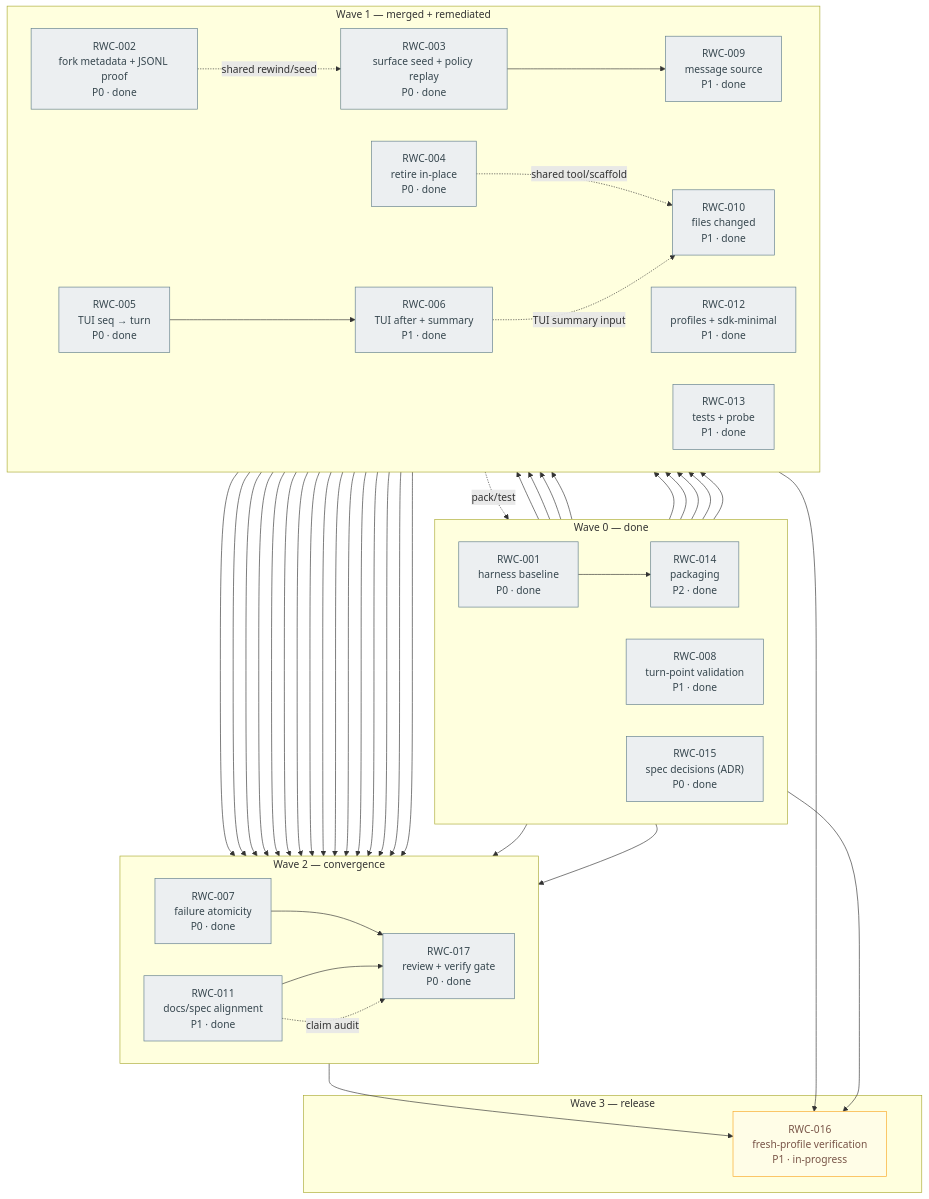
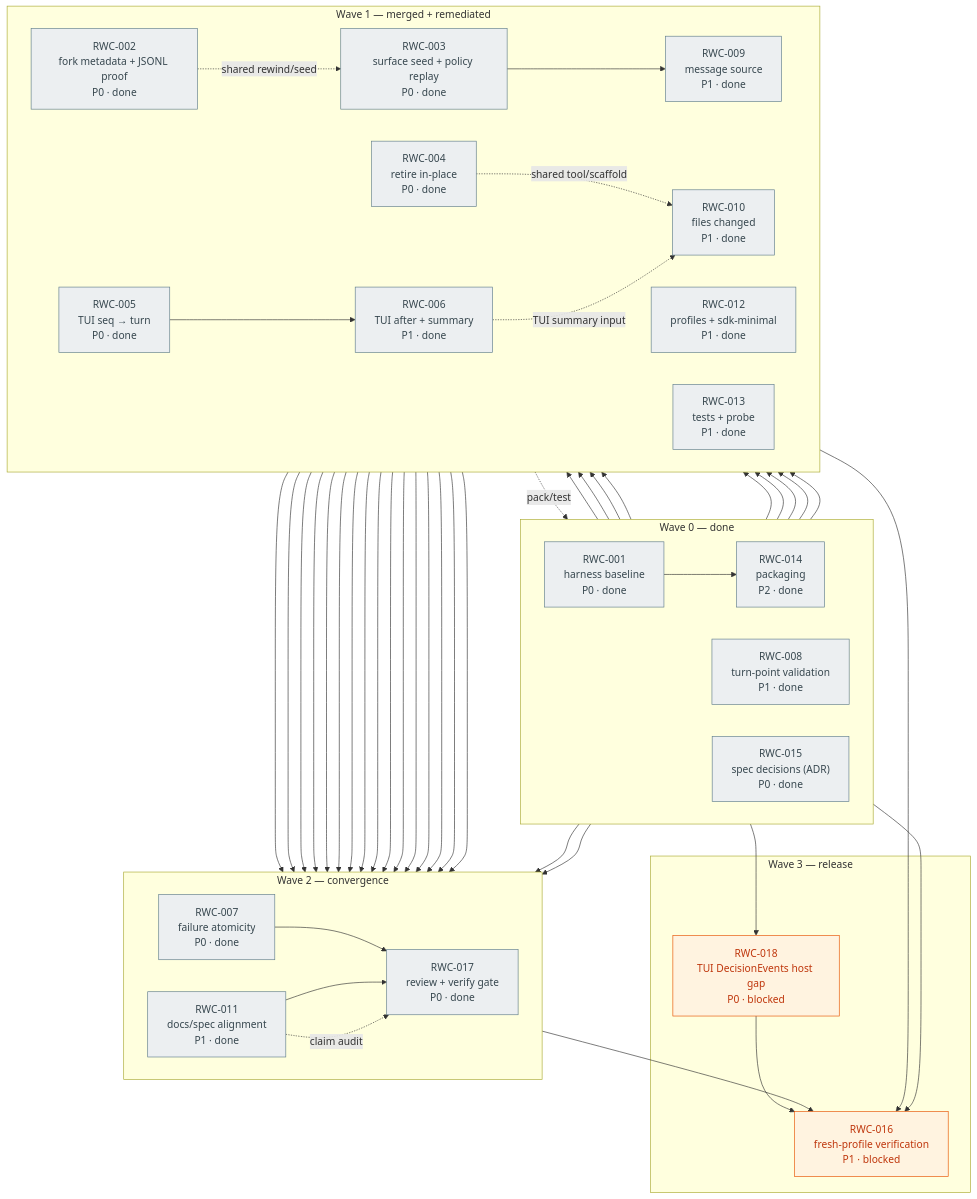
The diagram in docs/tickets/dependencies.mmd (shayanrc/dsh-rewind-compact), drawn with Mermaid before and after one commit. The commit also changed 8 other files, not shown here.

Commit message:
Record release evidence; block RWC-016 on the TUI DecisionEvents host gap

```diff
--- a/docs/tickets/dependencies.mmd
+++ b/docs/tickets/dependencies.mmd
@@ -1,93 +1,96 @@
 %% rewind-compact ticket dependency graph (2026-10-27, post-review)
 %% Solid arrow = hard prerequisite. Dotted arrow = coordination / shared files.
 %% Green = open/in-progress, orange = blocked, blue = decision, grey = done.
 %% RWC-017 is green: every changed ticket passed independent review + verify.
 %% RWC-016 is the remaining release gate.
 flowchart TB
   classDef open fill:#E8F5E9,stroke:#2E7D32,color:#1B5E20
   classDef progress fill:#FFFDE7,stroke:#F9A825,color:#795548
   classDef blocked fill:#FFF3E0,stroke:#E65100,color:#BF360C
   classDef decision fill:#E3F2FD,stroke:#1565C0,color:#0D47A1
   classDef continuous fill:#F3E5F5,stroke:#6A1B9A,color:#4A148C,stroke-dasharray: 4 2
   classDef done fill:#ECEFF1,stroke:#607D8B,color:#37474F
 
   subgraph w0["Wave 0 — done"]
     direction LR
     t001["RWC-001<br/>harness baseline<br/>P0 · done"]:::done
     t008["RWC-008<br/>turn-point validation<br/>P1 · done"]:::done
     t015["RWC-015<br/>spec decisions (ADR)<br/>P0 · done"]:::done
     t014["RWC-014<br/>packaging<br/>P2 · done"]:::done
   end
 
   subgraph w1["Wave 1 — merged + remediated"]
     direction LR
     t002["RWC-002<br/>fork metadata + JSONL proof<br/>P0 · done"]:::done
     t003["RWC-003<br/>surface seed + policy replay<br/>P0 · done"]:::done
     t004["RWC-004<br/>retire in-place<br/>P0 · done"]:::done
     t005["RWC-005<br/>TUI seq → turn<br/>P0 · done"]:::done
     t006["RWC-006<br/>TUI after + summary<br/>P1 · done"]:::done
     t009["RWC-009<br/>message source<br/>P1 · done"]:::done
     t010["RWC-010<br/>files changed<br/>P1 · done"]:::done
     t012["RWC-012<br/>profiles + sdk-minimal<br/>P1 · done"]:::done
     t013["RWC-013<br/>tests + probe<br/>P1 · done"]:::done
   end
 
   subgraph w2["Wave 2 — convergence"]
     direction LR
     t007["RWC-007<br/>failure atomicity<br/>P0 · done"]:::done
     t011["RWC-011<br/>docs/spec alignment<br/>P1 · done"]:::done
     t017["RWC-017<br/>review + verify gate<br/>P0 · done"]:::done
   end
 
   subgraph w3["Wave 3 — release"]
-    t016["RWC-016<br/>fresh-profile verification<br/>P1 · in-progress"]:::progress
+    t018["RWC-018<br/>TUI DecisionEvents host gap<br/>P0 · blocked"]:::blocked
+    t016["RWC-016<br/>fresh-profile verification<br/>P1 · blocked"]:::blocked
   end
 
   %% hard prerequisites
   t001 --> t002
   t001 --> t003
   t001 --> t004
   t001 --> t005
   t001 --> t010
   t001 --> t012
   t001 --> t013
   t001 --> t014
 
   t015 --> t004
   t015 --> t006
   t015 --> t011
 
   t005 --> t006
   t003 --> t009
   t004 --> t007
   t006 --> t007
 
   t002 --> t011
   t003 --> t011
   t004 --> t011
   t005 --> t011
   t006 --> t011
 
   t002 --> t017
   t003 --> t017
   t004 --> t017
   t005 --> t017
   t006 --> t017
   t007 --> t017
   t009 --> t017
   t010 --> t017
   t011 --> t017
   t012 --> t017
   t013 --> t017
   t014 --> t017
 
   t013 --> t016
   t014 --> t016
+  t015 --> t018
+  t018 --> t016
   t017 --> t016
 
   %% coordination / shared files (no precedence implied)
   t002 -.->|shared rewind/seed| t003
   t004 -.->|shared tool/scaffold| t010
   t006 -.->|TUI summary input| t010
   t013 -.->|pack/test| t014
   t011 -.->|claim audit| t017
```
